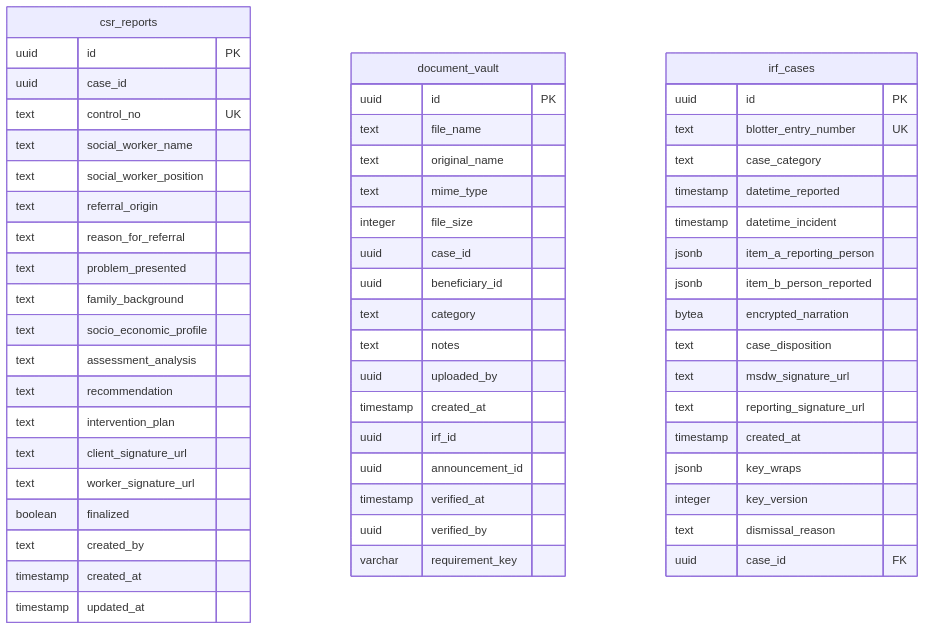
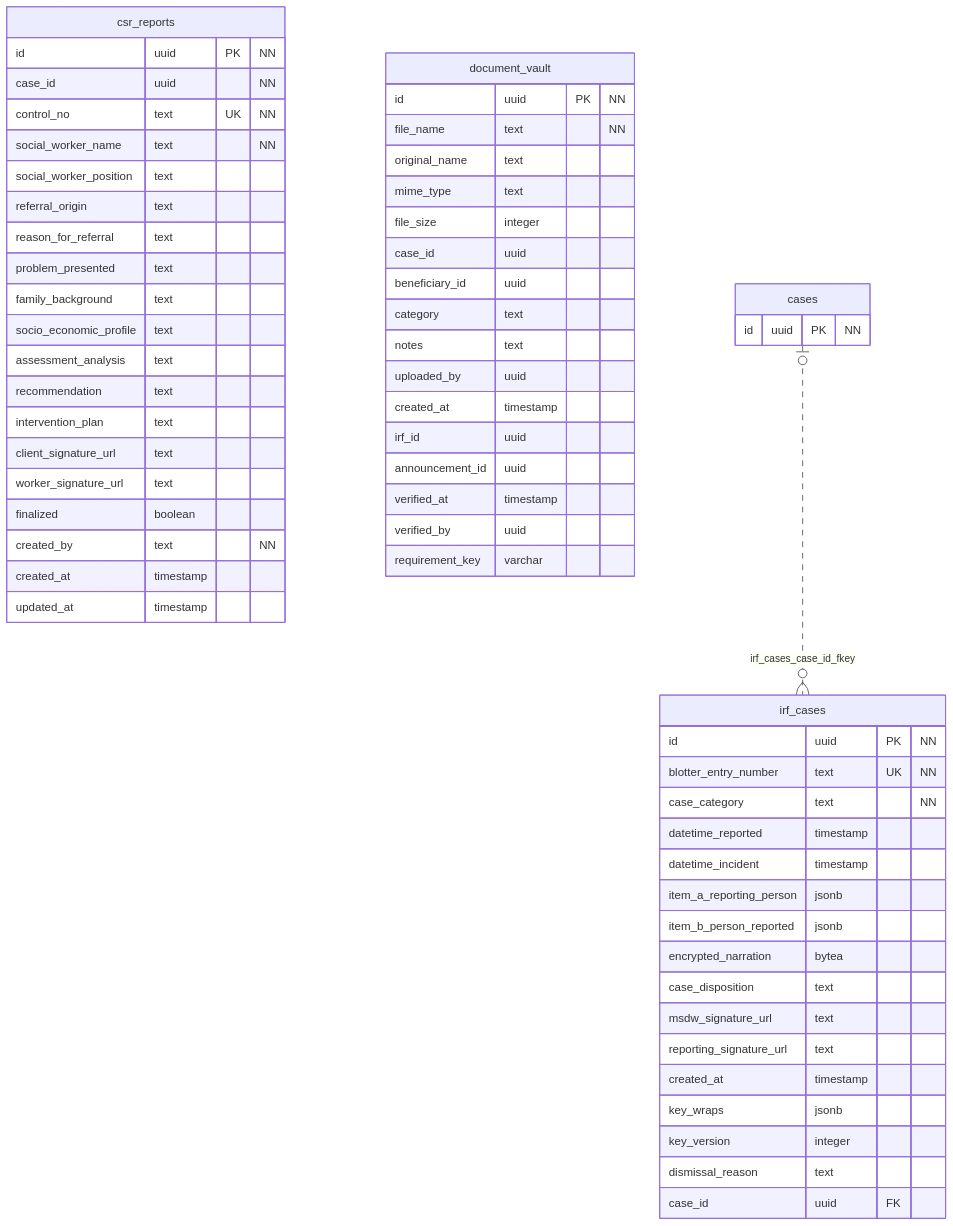
One commit to urlsalimbot/THESIS1-KAPWA changed the eighth of 12 diagrams in docs/diagrams/06-erd.md. Above: the diagram before and after it, drawn with Mermaid. The commit also changed other lines of this file and 2 other files, not shown here.

First line of the commit message:
docs(diagrams): rework the ERD into Oracle physical notation, generated

````diff
--- a/docs/diagrams/06-erd.md
+++ b/docs/diagrams/06-erd.md
@@ -1432,63 +692,65 @@
 ```mermaid
 erDiagram
+    direction TB
     "csr_reports" {
-        uuid id PK
-        uuid case_id
-        text control_no UK
-        text social_worker_name
-        text social_worker_position
-        text referral_origin
-        text reason_for_referral
-        text problem_presented
-        text family_background
-        text socio_economic_profile
-        text assessment_analysis
-        text recommendation
-        text intervention_plan
-        text client_signature_url
-        text worker_signature_url
-        boolean finalized
-        text created_by
-        timestamp created_at
-        timestamp updated_at
+        id uuid PK "NN"
+        case_id uuid "NN"
+        control_no text UK "NN"
+        social_worker_name text "NN"
+        social_worker_position text
+        referral_origin text
+        reason_for_referral text
+        problem_presented text
+        family_background text
+        socio_economic_profile text
+        assessment_analysis text
+        recommendation text
+        intervention_plan text
+        client_signature_url text
+        worker_signature_url text
+        finalized boolean
+        created_by text "NN"
+        created_at timestamp
+        updated_at timestamp
     }
-
     "document_vault" {
-        uuid id PK
-        text file_name
-        text original_name
-        text mime_type
-        integer file_size
-        uuid case_id
-        uuid beneficiary_id
-        text category
-        text notes
-        uuid uploaded_by
-        timestamp created_at
-        uuid irf_id
-        uuid announcement_id
-        timestamp verified_at
-        uuid verified_by
-        varchar requirement_key
+        id uuid PK "NN"
+        file_name text "NN"
+        original_name text
+        mime_type text
+        file_size integer
+        case_id uuid
+        beneficiary_id uuid
+        category text
+        notes text
+        uploaded_by uuid
+        created_at timestamp
+        irf_id uuid
+        announcement_id uuid
+        verified_at timestamp
+        verified_by uuid
+        requirement_key varchar
     }
-
     "irf_cases" {
-        uuid id PK
-        text blotter_entry_number UK
-        text case_category
-        timestamp datetime_reported
-        timestamp datetime_incident
-        jsonb item_a_reporting_person
-        jsonb item_b_person_reported
-        bytea encrypted_narration
-        text case_disposition
-        text msdw_signature_url
-        text reporting_signature_url
-        timestamp created_at
-        jsonb key_wraps
-        integer key_version
-        text dismissal_reason
-        uuid case_id FK
+        id uuid PK "NN"
+        blotter_entry_number text UK "NN"
+        case_category text "NN"
+        datetime_reported timestamp
+        datetime_incident timestamp
+        item_a_reporting_person jsonb
+        item_b_person_reported jsonb
+        encrypted_narration bytea
+        case_disposition text
+        msdw_signature_url text
+        reporting_signature_url text
+        created_at timestamp
+        key_wraps jsonb
+        key_version integer
+        dismissal_reason text
+        case_id uuid FK
     }
-
+    "cases" {
+        id uuid PK "NN"
+    }
+    "cases" o|..o{ "irf_cases" : "irf_cases_case_id_fkey"
 ```
````
